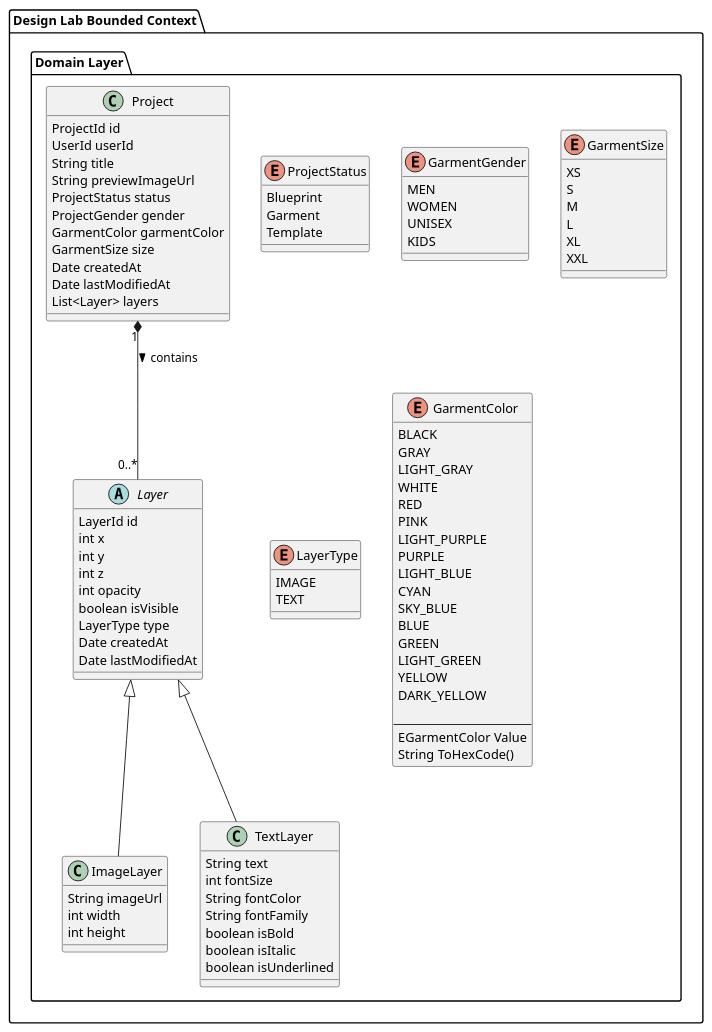
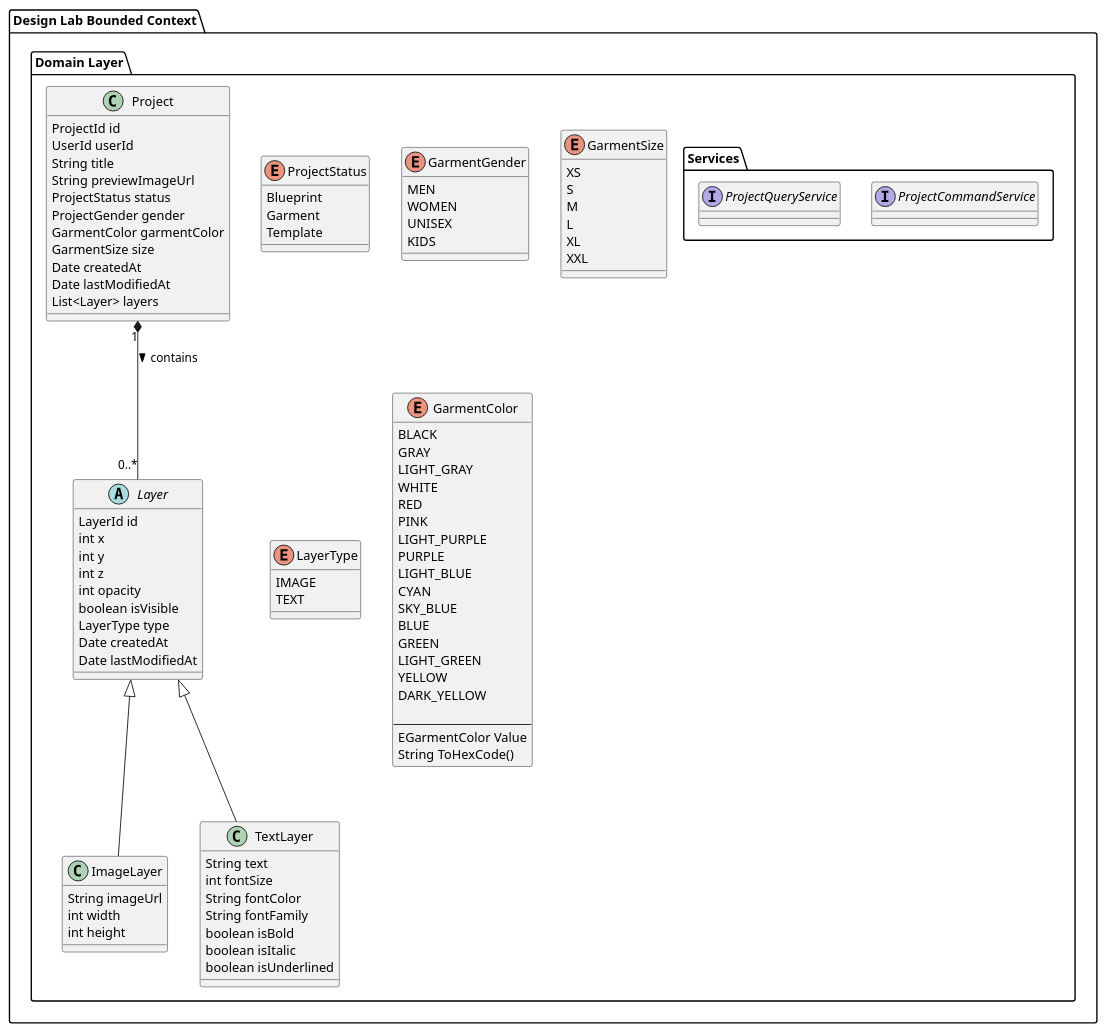
Before and after one commit to zGIKS/opensourceBACK: the diagram in src/docs/DesignLabClassDiagram.puml, drawn with PlantUML.

Commit message:
feat: add domain services

```diff
--- a/src/docs/DesignLabClassDiagram.puml
+++ b/src/docs/DesignLabClassDiagram.puml
@@ -1,102 +1,110 @@
 @startuml
 
 package "Design Lab Bounded Context" {
 
     package "Domain Layer" {
+
+        package "Services" {
+            interface ProjectCommandService {
+            }
+
+            interface ProjectQueryService {
+            }
+        }
 
         enum ProjectStatus {
             Blueprint
             Garment
             Template
         }
 
         enum GarmentGender {
             MEN
             WOMEN
             UNISEX
             KIDS
         }
 
         enum GarmentSize {
             XS
             S
             M
             L
             XL
             XXL
         }
 
         enum LayerType {
             IMAGE
             TEXT
         }
 
         enum GarmentColor {
             BLACK
             GRAY
             LIGHT_GRAY
             WHITE
             RED
             PINK
             LIGHT_PURPLE
             PURPLE
             LIGHT_BLUE
             CYAN
             SKY_BLUE
             BLUE
             GREEN
             LIGHT_GREEN
             YELLOW
             DARK_YELLOW
 
             ---
             EGarmentColor Value
             String ToHexCode()
         }
 
         class "Project" {
             ProjectId id
             UserId userId
             String title
             String previewImageUrl
             ProjectStatus status
             ProjectGender gender
             GarmentColor garmentColor
             GarmentSize size
             Date createdAt
             Date lastModifiedAt
             List<Layer> layers
         }
 
         abstract class "Layer" {
             LayerId id
             int x
             int y
             int z
             int opacity
             boolean isVisible
             LayerType type
             Date createdAt
             Date lastModifiedAt
         }
 
         class "ImageLayer" extends "Layer" {
             String imageUrl
             int width
             int height
         }
 
         class "TextLayer" extends "Layer" {
             String text
             int fontSize
             String fontColor
             String fontFamily
             boolean isBold
             boolean isItalic
             boolean isUnderlined
         }
 
         Project "1" *-- "0..*" Layer : contains >
     }
 }
 @enduml
```
